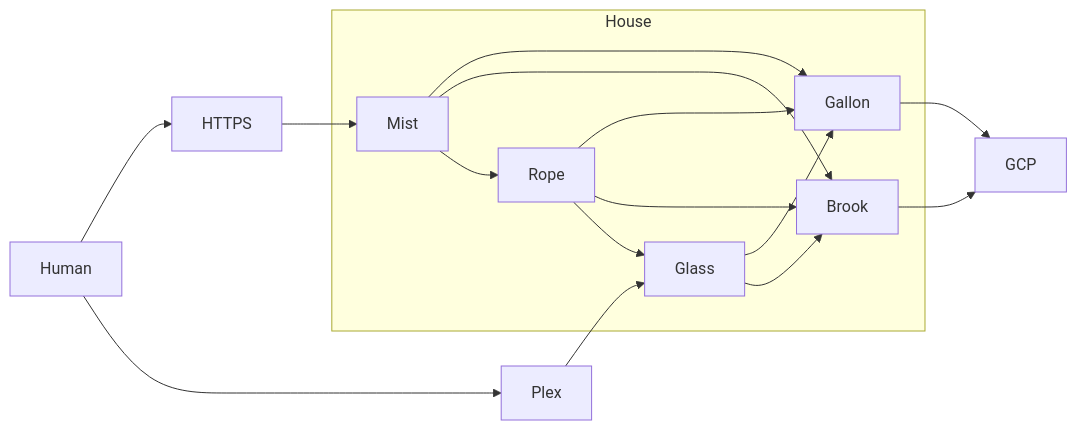
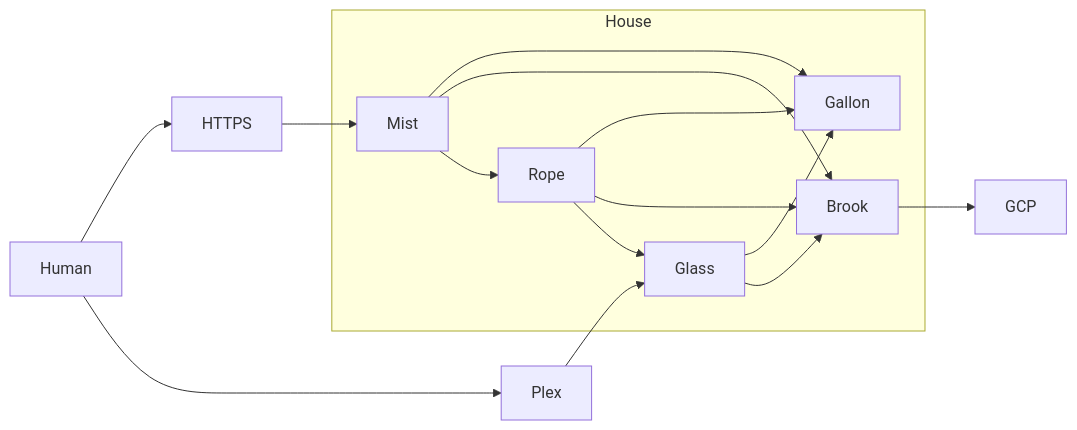
One commit to icco/writing changed the diagram in posts/759.md. Above: the diagram before and after it, drawn with Mermaid. The commit also changed other lines of this file, not shown here.

````diff
--- a/posts/759.md
+++ b/posts/759.md
@@ -21,26 +21,25 @@
 ```mermaid
 flowchart LR;
 
 subgraph AA [House]
     Glass;
     Rope;
     Gallon;
     Mist;
     Brook;
 end
 
 Human-->HTTPS;
 Human-->Plex;
 Plex-->Glass;
 HTTPS-->Mist;
 Mist-->Gallon;
 Rope-->Gallon;
 Glass-->Gallon;
 Mist-->Brook;
 Rope-->Brook;
 Glass-->Brook;
 Mist-->Rope;
 Rope-->Glass;
-Gallon-->GCP;
 Brook-->GCP;
 ```
````
